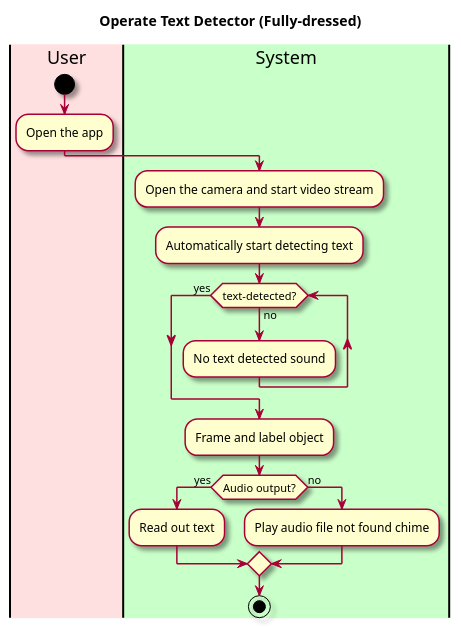
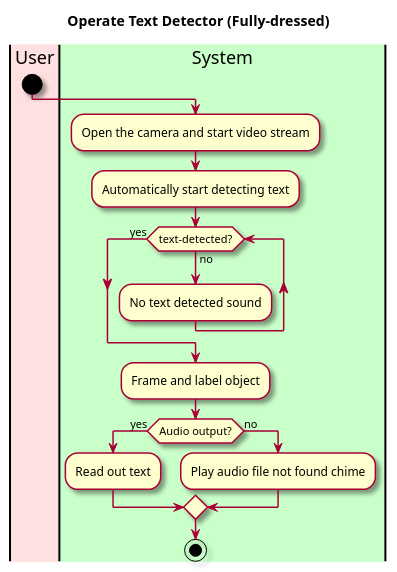
One commit to tonyh1306/OBRE-Vision-through-a-screen changed the diagram in intellij/doc/use-cases/recognize-text.md. Above: the diagram before and after it, drawn with PlantUML. The commit also changed 1 other file, not shown here.

Commit message:
Adds toggle sound in analyze-video use case

````diff
--- a/intellij/doc/use-cases/recognize-text.md
+++ b/intellij/doc/use-cases/recognize-text.md
@@ -30,30 +30,29 @@
 ```plantuml
 @startuml
 
 skin rose
 
 title Operate Text Detector (Fully-dressed)
 
 'define the lanes
 |#implementation|User|
 |#technology|System|
 
 |User|
 start
-:Open the app;
 
 |System|
 :Open the camera and start video stream;
 :Automatically start detecting text;
 while (text-detected?) is (no)
 :No text detected sound;
 endwhile(yes)
 :Frame and label object;
 if (Audio output?) then (yes)
 :Read out text;
 else (no)
 :Play audio file not found chime;
 endif
 stop
 @enduml
 ```
````
